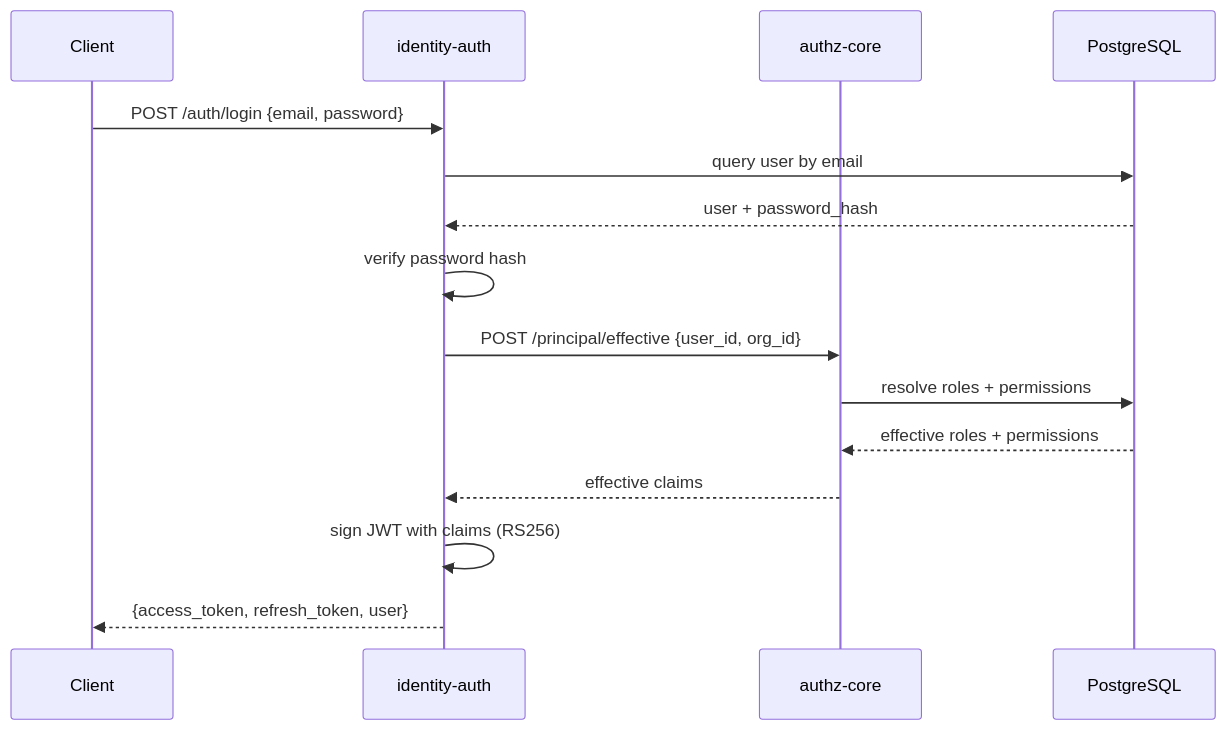
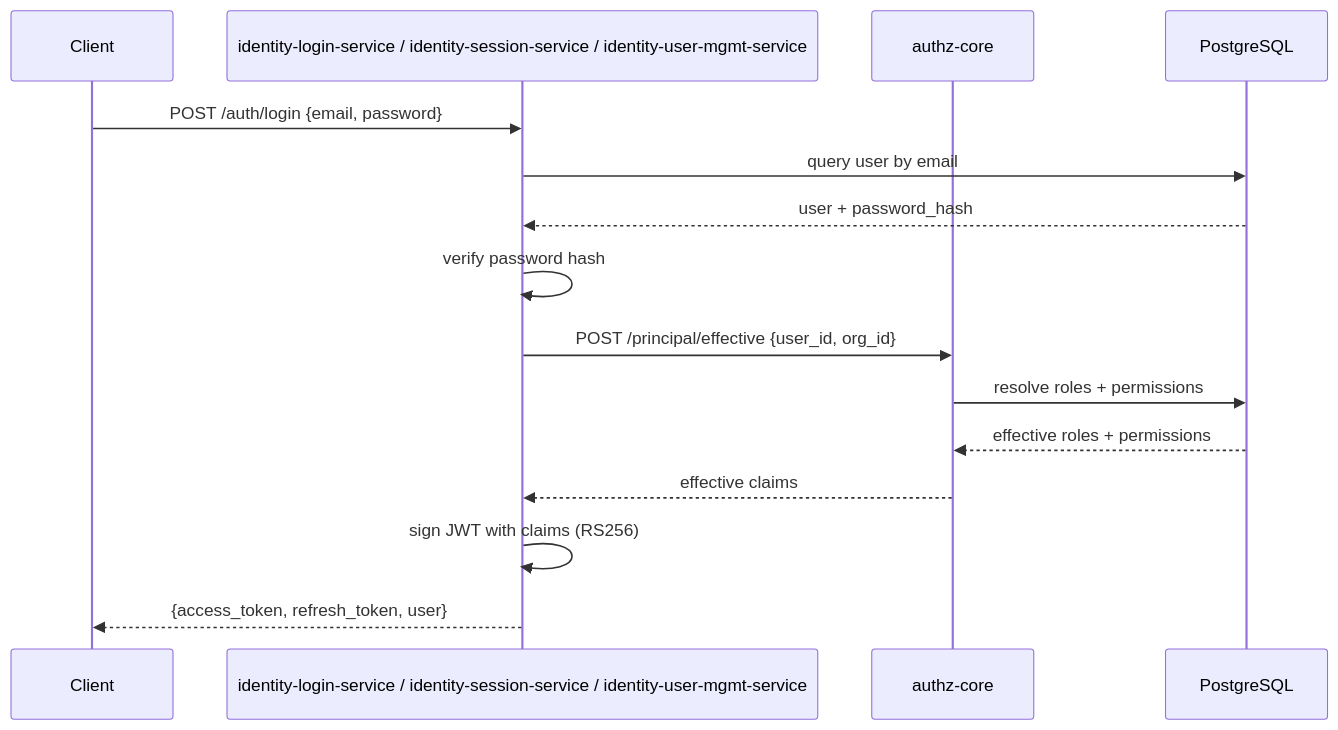
Before and after one commit to microscaler/sesame-idam: the second of 6 diagrams in docs/service-topology-design.md, drawn with Mermaid. The commit also changed other lines of this file and 7 other files, not shown here.

First line of the commit message:
docs: fix all stale architecture references — 4→6 services, identity-auth→real names

````diff
--- a/docs/service-topology-design.md
+++ b/docs/service-topology-design.md
@@ -89,18 +91,18 @@
 ```mermaid
 sequenceDiagram
     participant Client as Client
-    participant IA as identity-auth
+    participant IA as identity-login-service / identity-session-service / identity-user-mgmt-service
     participant AC as authz-core
     participant PG as PostgreSQL
 
     Client->>IA: POST /auth/login {email, password}
     IA->>PG: query user by email
     PG-->>IA: user + password_hash
     IA->>IA: verify password hash
     IA->>AC: POST /principal/effective {user_id, org_id}
     AC->>PG: resolve roles + permissions
     PG-->>AC: effective roles + permissions
     AC-->>IA: effective claims
     IA->>IA: sign JWT with claims (RS256)
     IA-->>Client: {access_token, refresh_token, user}
 ```
````
